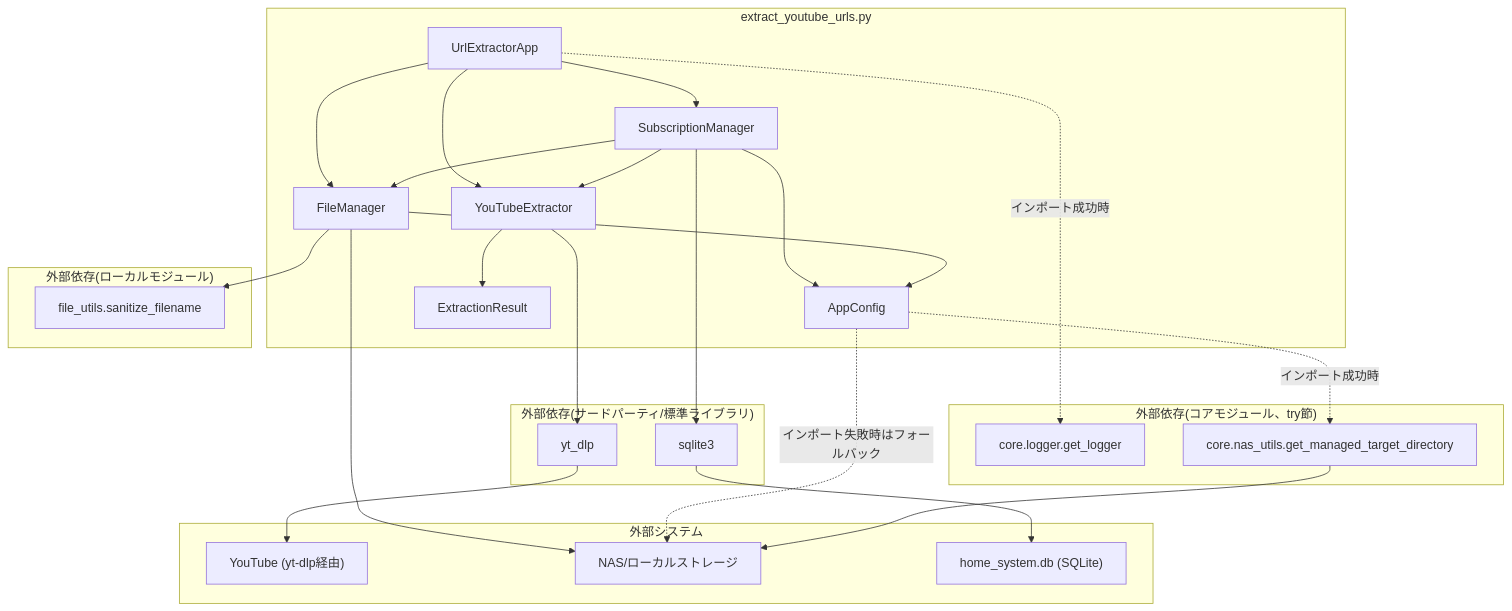
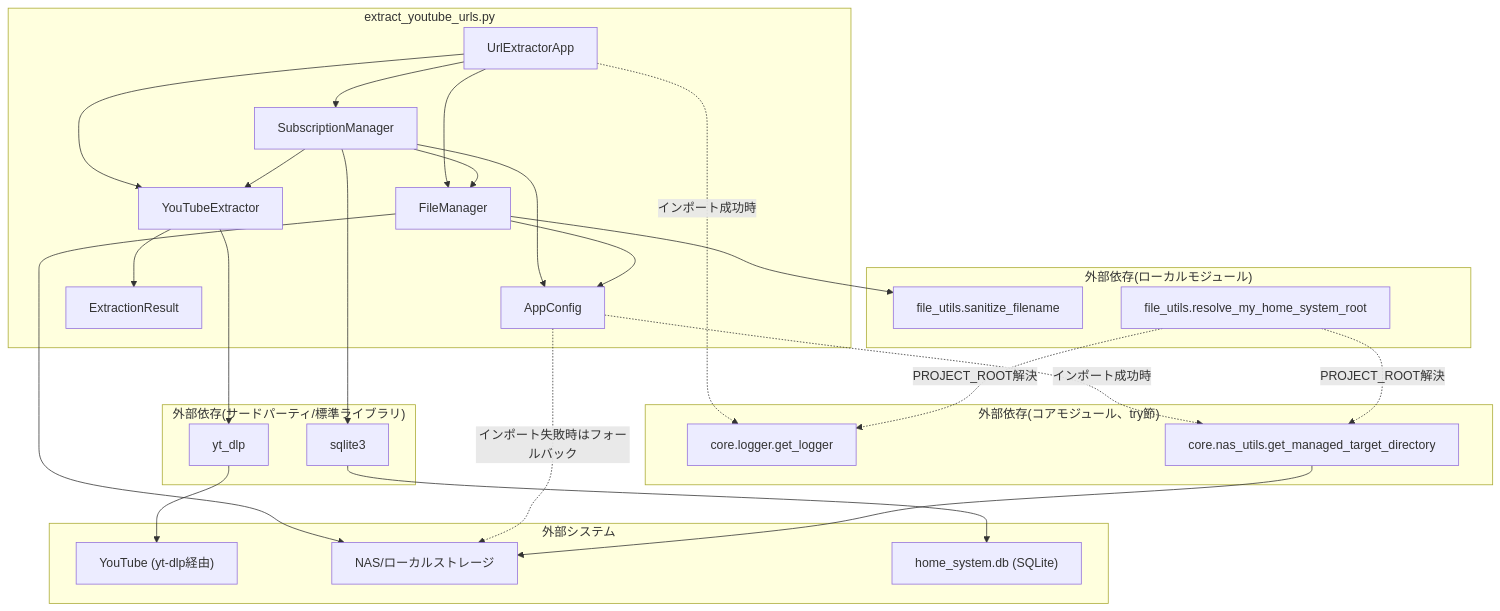
One commit to mmtigers/my_python_project changed the second of 2 diagrams in docs/specifications/DDD/extract_youtube_urls.md. Above: the diagram before and after it, drawn with Mermaid. The commit also changed other lines of this file and 70 other files, not shown here.

````diff
--- a/docs/specifications/DDD/extract_youtube_urls.md
+++ b/docs/specifications/DDD/extract_youtube_urls.md
@@ -435,55 +436,58 @@
 ```mermaid
 graph TD
     subgraph "extract_youtube_urls.py"
         AppConfig
         ExtractionResult
         YouTubeExtractor
         FileManager
         SubscriptionManager
         UrlExtractorApp
     end
 
     subgraph "外部依存(コアモジュール、try節)"
         core_logger["core.logger.get_logger"]
         core_nas_utils["core.nas_utils.get_managed_target_directory"]
     end
 
     subgraph "外部依存(ローカルモジュール)"
         file_utils_mod["file_utils.sanitize_filename"]
+        file_utils_root["file_utils.resolve_my_home_system_root"]
     end
 
     subgraph "外部依存(サードパーティ/標準ライブラリ)"
         yt_dlp_mod["yt_dlp"]
         sqlite3_mod["sqlite3"]
     end
 
     subgraph "外部システム"
         YouTube["YouTube (yt-dlp経由)"]
         NAS["NAS/ローカルストレージ"]
         DB["home_system.db (SQLite)"]
     end
 
     UrlExtractorApp --> YouTubeExtractor
     UrlExtractorApp --> FileManager
     UrlExtractorApp --> SubscriptionManager
 
     SubscriptionManager --> YouTubeExtractor
     SubscriptionManager --> FileManager
     SubscriptionManager --> sqlite3_mod
     SubscriptionManager --> AppConfig
     sqlite3_mod --> DB
 
     YouTubeExtractor --> yt_dlp_mod
     YouTubeExtractor --> ExtractionResult
     yt_dlp_mod --> YouTube
 
     FileManager --> file_utils_mod
     FileManager --> AppConfig
     FileManager --> NAS
 
     AppConfig -.->|"インポート成功時"| core_nas_utils
     AppConfig -.->|"インポート失敗時はフォールバック"| NAS
     core_nas_utils --> NAS
 
     UrlExtractorApp -.->|"インポート成功時"| core_logger
+    file_utils_root -.->|"PROJECT_ROOT解決"| core_logger
+    file_utils_root -.->|"PROJECT_ROOT解決"| core_nas_utils
 ```
````
